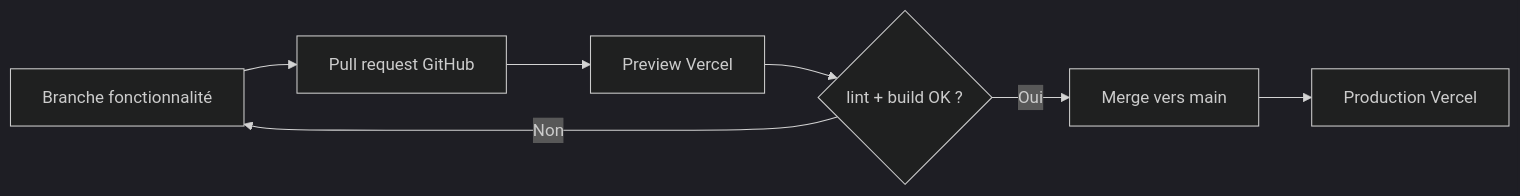
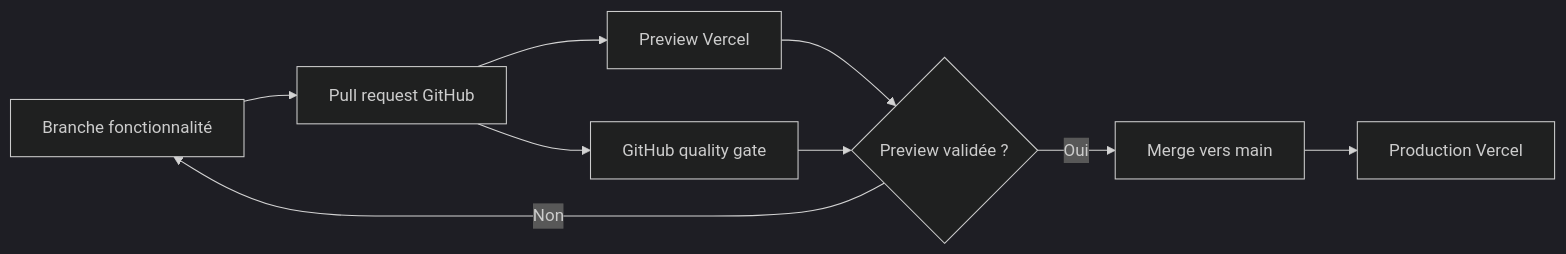
Before and after one commit to faugera/trippieme_v2: the diagram in CI_CD.md, drawn with Mermaid (dark theme). The commit also changed other lines of this file, not shown here.

Commit message:
feat: add Neon, Better Auth and quality gate

````diff
--- a/CI_CD.md
+++ b/CI_CD.md
@@ -21,9 +24,11 @@
 ```mermaid
 flowchart LR
   A[Branche fonctionnalité] --> B[Pull request GitHub]
   B --> C[Preview Vercel]
-  C --> D{lint + build OK ?}
-  D -->|Oui| E[Merge vers main]
-  D -->|Non| A
-  E --> F[Production Vercel]
+  B --> D[GitHub quality gate]
+  C --> E{Preview validée ?}
+  D --> E
+  E -->|Oui| F[Merge vers main]
+  E -->|Non| A
+  F --> G[Production Vercel]
 ```
````
